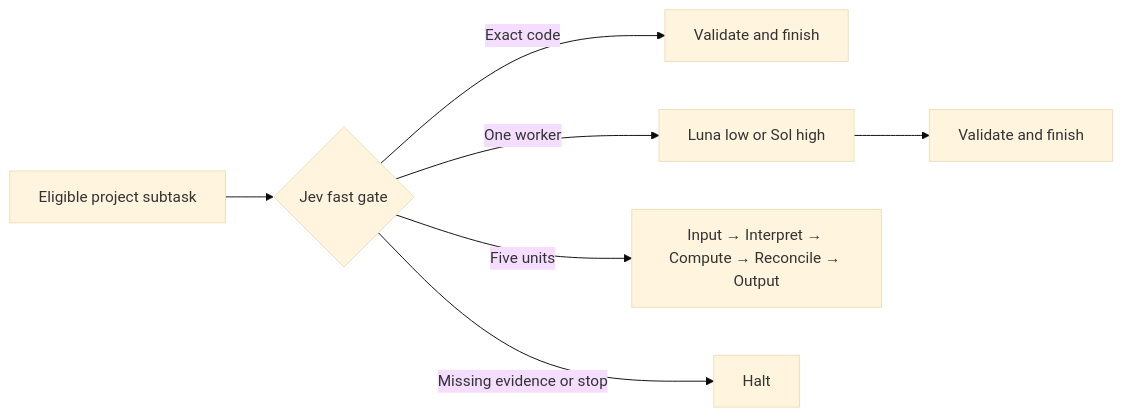
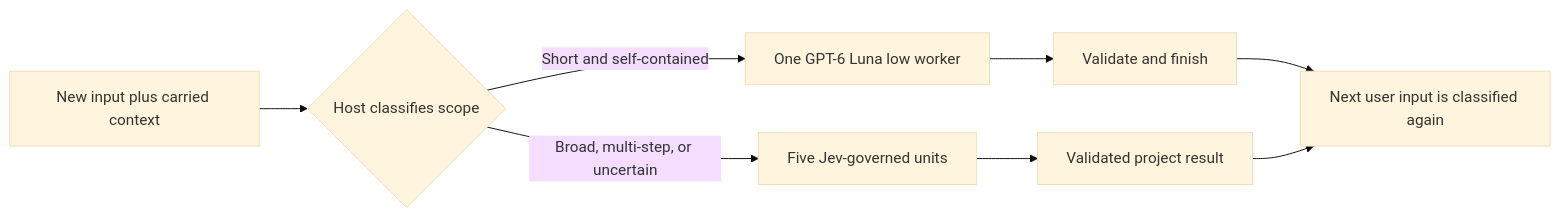
Before and after one commit to kentilaok/Jev-Orchestrated-Decision-Mesh: the first of 3 diagrams in README.md, drawn with Mermaid (base theme). The commit also changed other lines of this file and 16 other files, not shown here.

Commit message:
Default broad CIDM inputs to five Jev-governed units

````diff
--- a/README.md
+++ b/README.md
@@ -25,9 +25,10 @@
 ```mermaid
 flowchart LR
-    A[Eligible project subtask] --> J{Jev fast gate}
-    J -->|Exact code| D[Validate and finish]
-    J -->|One worker| W[Luna low or Sol high]
+    A[New input plus carried context] --> C{Host classifies scope}
+    C -->|Short and self-contained| W[One GPT-6 Luna low worker]
     W --> V[Validate and finish]
-    J -->|Five units| F[Input → Interpret → Compute → Reconcile → Output]
-    J -->|Missing evidence or stop| S[Halt]
+    C -->|Broad, multi-step, or uncertain| F[Five Jev-governed units]
+    F --> U[Validated project result]
+    V --> N[Next user input is classified again]
+    U --> N
 ```
````
